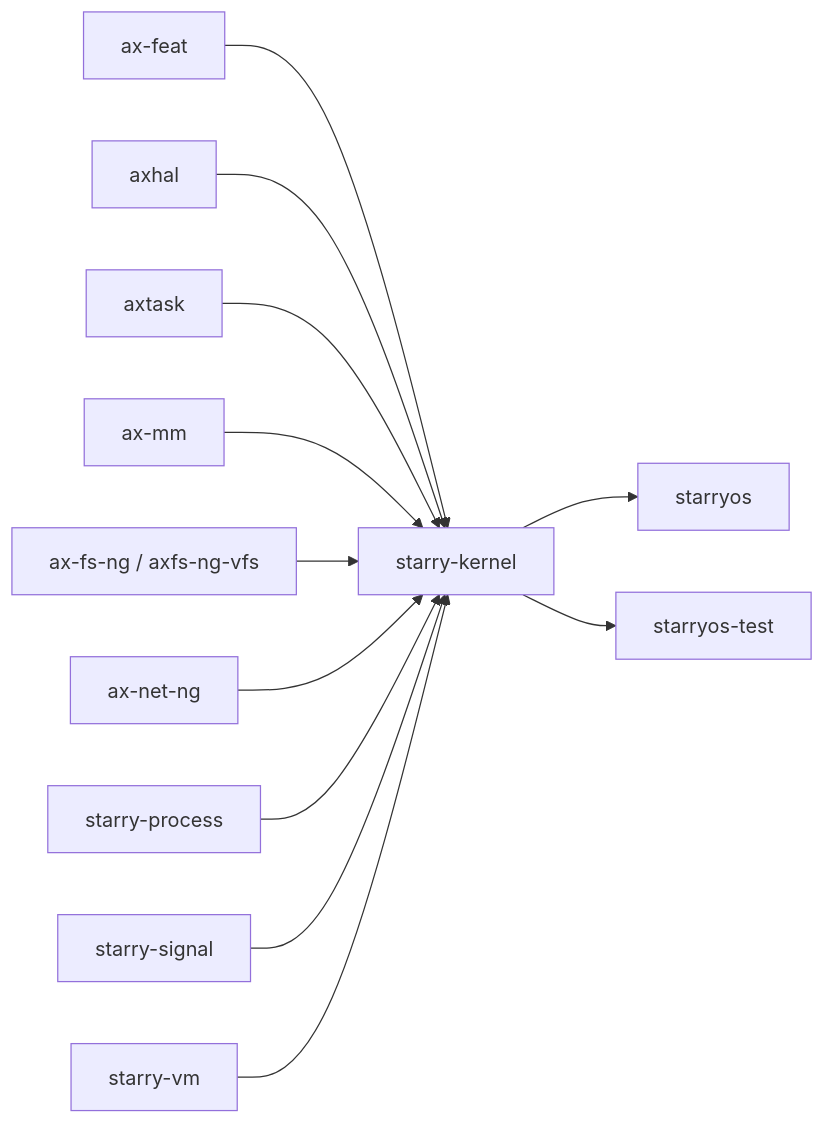
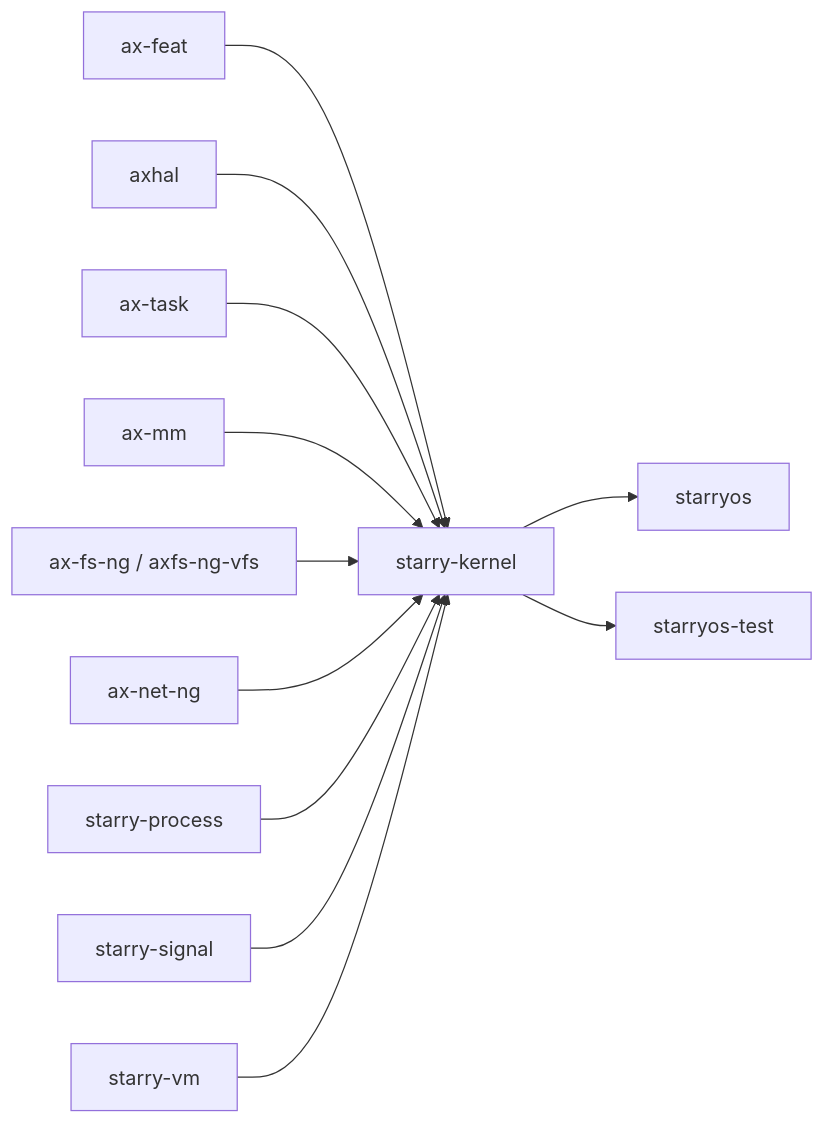
Before and after one commit to zKurisu/tgoskits: the second of 2 diagrams in docs/crates/starry-kernel.md, drawn with Mermaid. The commit also changed other lines of this file and 133 other files, not shown here.

Commit message:
rename axtask to ax-task

````diff
--- a/docs/crates/starry-kernel.md
+++ b/docs/crates/starry-kernel.md
@@ -116,15 +116,15 @@
 ```mermaid
 graph LR
     ax-feat["ax-feat"] --> starry["starry-kernel"]
     axhal["axhal"] --> starry
-    axtask["axtask"] --> starry
+    ax-task["ax-task"] --> starry
     ax-mm["ax-mm"] --> starry
     ax-fs["ax-fs-ng / axfs-ng-vfs"] --> starry
     ax-net["ax-net-ng"] --> starry
     starry_process["starry-process"] --> starry
     starry_signal["starry-signal"] --> starry
     starry_vm["starry-vm"] --> starry
 
     starry --> starryos["starryos"]
     starry --> starryos_test["starryos-test"]
 ```
````
